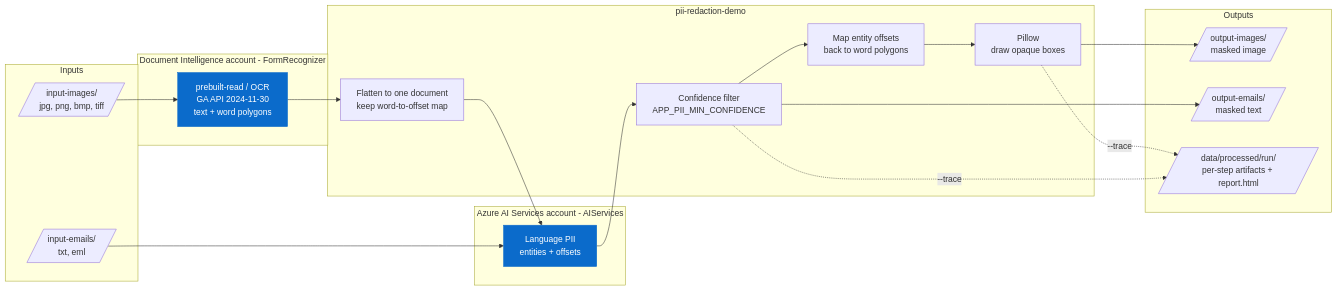
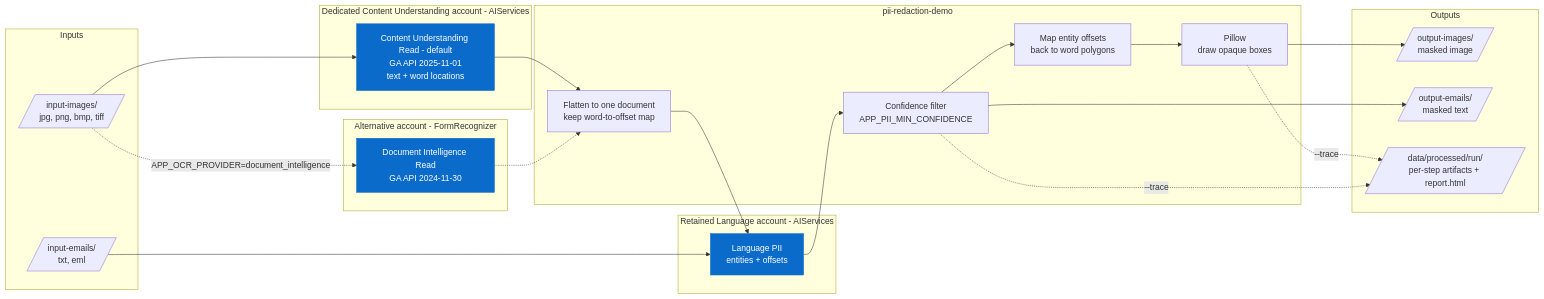
Before and after one commit to vinodpatil-ms/pii-redaction-demo: the first of 3 diagrams in docs/architecture.md, drawn with Mermaid. The commit also changed other lines of this file and 15 other files, not shown here.

First line of the commit message:
Use Content Understanding OCR with dedicated Azure infrastructure

````diff
--- a/docs/architecture.md
+++ b/docs/architecture.md
@@ -9,39 +9,44 @@
 ```mermaid
 flowchart LR
     subgraph inputs [Inputs]
         IMG[/"input-images/<br/>jpg, png, bmp, tiff"/]
         EML[/"input-emails/<br/>txt, eml"/]
     end
 
-    subgraph ocr ["Document Intelligence account - FormRecognizer"]
-        READ["prebuilt-read / OCR<br/>GA API 2024-11-30<br/>text + word polygons"]
+    subgraph ocr ["Alternative account - FormRecognizer"]
+        DI["Document Intelligence Read<br/>GA API 2024-11-30"]
     end
 
-    subgraph azure ["Azure AI Services account - AIServices"]
+    subgraph cu ["Dedicated Content Understanding account - AIServices"]
+        READ["Content Understanding Read - default<br/>GA API 2025-11-01<br/>text + word locations"]
+    end
+    subgraph azure ["Retained Language account - AIServices"]
         LANG["Language PII<br/>entities + offsets"]
     end
 
     subgraph app [pii-redaction-demo]
         FLATTEN["Flatten to one document<br/>keep word-to-offset map"]
         THRESH["Confidence filter<br/>APP_PII_MIN_CONFIDENCE"]
         MAP["Map entity offsets<br/>back to word polygons"]
         MASK["Pillow<br/>draw opaque boxes"]
     end
 
     subgraph outputs [Outputs]
         OIMG[/"output-images/<br/>masked image"/]
         OEML[/"output-emails/<br/>masked text"/]
         TRACE[/"data/processed/run/<br/>per-step artifacts + report.html"/]
     end
 
     IMG --> READ --> FLATTEN --> LANG
+    IMG -.->|APP_OCR_PROVIDER=document_intelligence| DI
+    DI -.-> FLATTEN
     EML --> LANG
     LANG --> THRESH
     THRESH --> MAP --> MASK --> OIMG
     THRESH --> OEML
     MASK -.->|--trace| TRACE
     THRESH -.->|--trace| TRACE
 
     classDef svc fill:#0b6bcb,stroke:#0b6bcb,color:#fff;
-    class READ,LANG svc;
+    class READ,DI,LANG svc;
 ```
````
